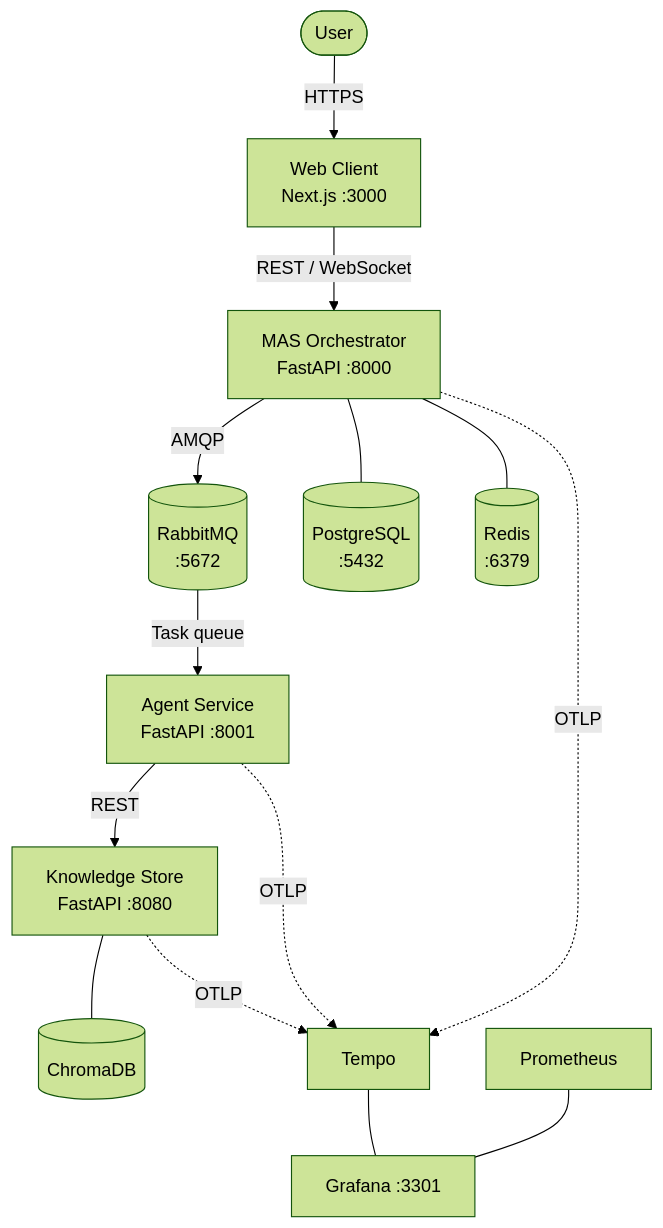
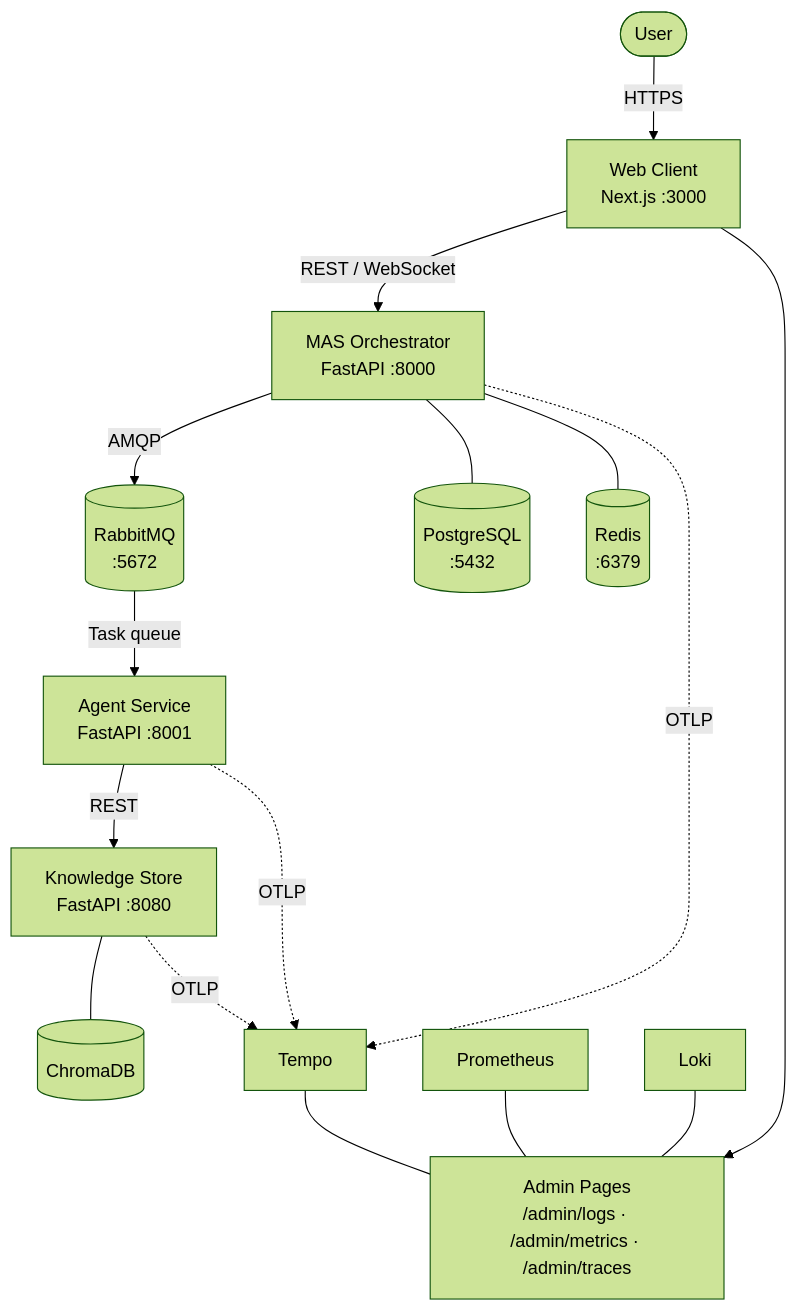
Before and after one commit to Horus-EIP/horus: the first of 7 diagrams in docs/architecture.md, drawn with Mermaid (forest theme). The commit also changed other lines of this file and 41 other files, not shown here.

First line of the commit message:
[x] Remove Grafana; integrate observability into web client admin pages

````diff
--- a/docs/architecture.md
+++ b/docs/architecture.md
@@ -59,16 +59,18 @@
 ```mermaid
 graph TB
     User([User]) -->|HTTPS| Web[Web Client<br/>Next.js :3000]
     Web -->|REST / WebSocket| MAS[MAS Orchestrator<br/>FastAPI :8000]
     MAS -->|AMQP| RMQ[(RabbitMQ<br/>:5672)]
     RMQ -->|Task queue| Agent[Agent Service<br/>FastAPI :8001]
     Agent -->|REST| KS[Knowledge Store<br/>FastAPI :8080]
     KS --- Chroma[(ChromaDB)]
     MAS --- PG[(PostgreSQL<br/>:5432)]
     MAS --- Redis[(Redis<br/>:6379)]
     MAS -.->|OTLP| Tempo[Tempo]
     Agent -.->|OTLP| Tempo
     KS -.->|OTLP| Tempo
-    Tempo --- Grafana[Grafana :3301]
-    Prometheus[Prometheus] --- Grafana
+    Web --> Admin[Admin Pages<br/>/admin/logs · /admin/metrics · /admin/traces]
+    Tempo --- Admin
+    Prometheus[Prometheus] --- Admin
+    Loki[Loki] --- Admin
 ```
````
